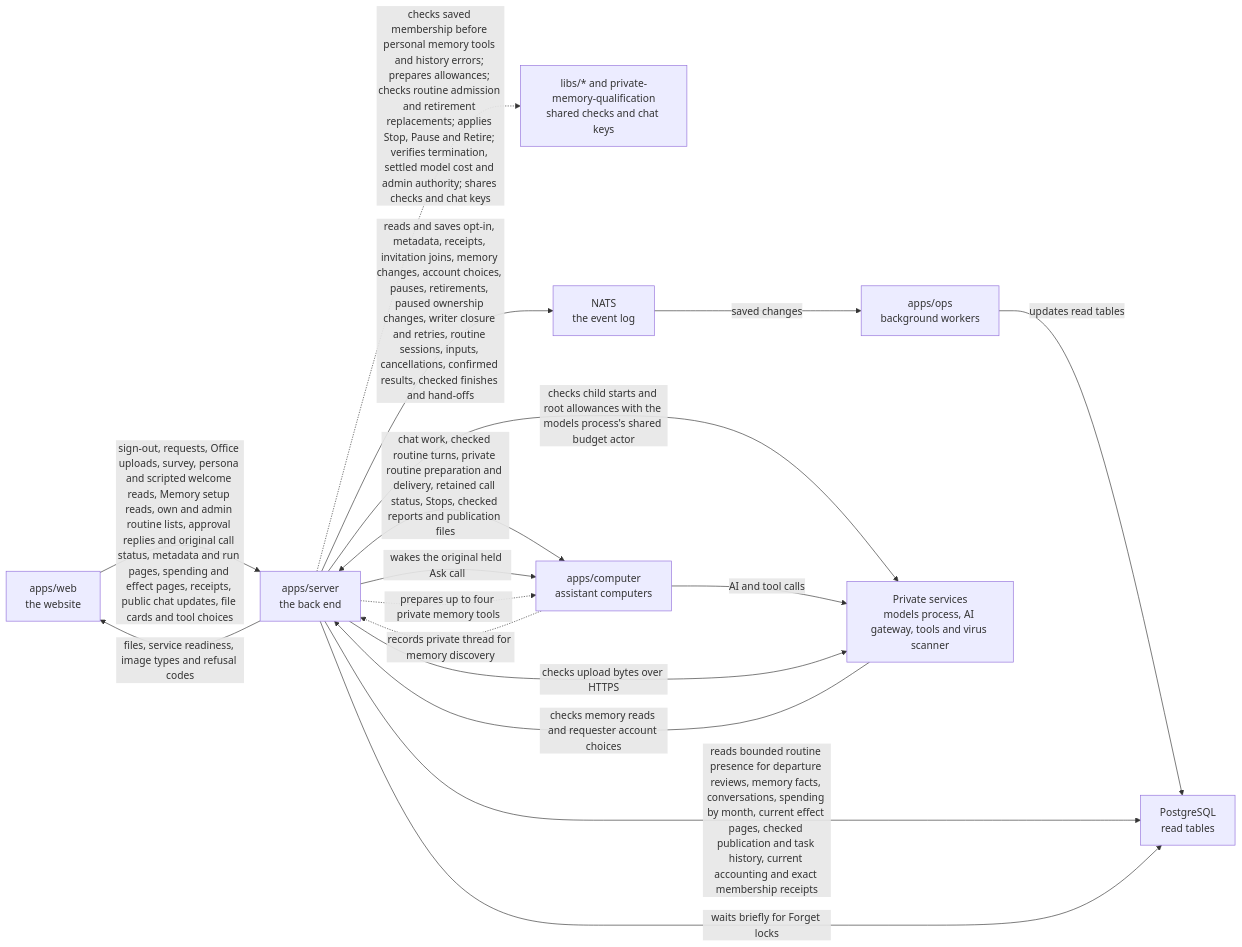
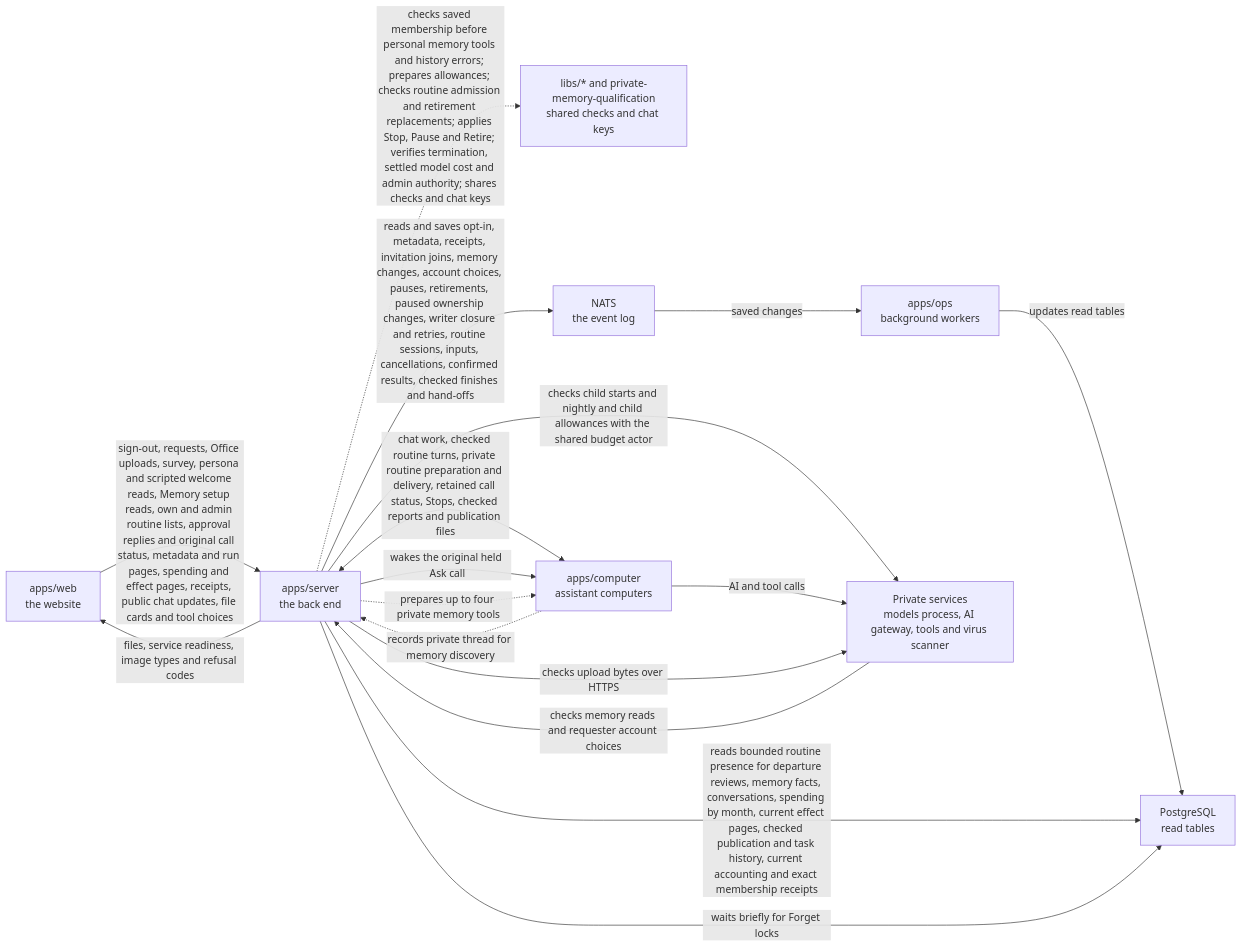
One commit to elewa-git/opencrane-new changed the diagram in apps/server/README.md. Above: the diagram before and after it, drawn with Mermaid. The commit also changed other lines of this file and 19 other files, not shown here.

Commit message:
🌙 Admit one checked nightly memory root allowance

````diff
--- a/apps/server/README.md
+++ b/apps/server/README.md
@@ -224,19 +224,19 @@
 ```mermaid
 flowchart LR
   web["apps/web<br/>the website"] -->|sign-out, requests, Office uploads, survey, persona and scripted welcome reads, Memory setup reads, own and admin routine lists, approval replies and original call status, metadata and run pages, spending and effect pages, receipts, public chat updates, file cards and tool choices| server["apps/server<br/>the back end"]
   server -.->|checks saved membership before personal memory tools and history errors; prepares allowances; checks routine admission and retirement replacements; applies Stop, Pause and Retire; verifies termination, settled model cost and admin authority; shares checks and chat keys| libs["libs/* and private-memory-qualification<br/>shared checks and chat keys"]
   server -->|reads and saves opt-in, metadata, receipts, invitation joins, memory changes, account choices, pauses, retirements, paused ownership changes, writer closure and retries, routine sessions, inputs, cancellations, confirmed results, checked finishes and hand-offs| nats["NATS<br/>the event log"]
   nats -->|saved changes| ops["apps/ops<br/>background workers"]
   ops -->|updates read tables| postgres["PostgreSQL<br/>read tables"]
   server -->|reads bounded routine presence for departure reviews, memory facts, conversations, spending by month, current effect pages, checked publication and task history, current accounting and exact membership receipts| postgres
   server -->|waits briefly for Forget locks| postgres
   server <-->|chat work, checked routine turns, private routine preparation and delivery, retained call status, Stops, checked reports and publication files| computer["apps/computer<br/>assistant computers"]
   server -->|wakes the original held Ask call| computer
-  server -->|checks child starts and root allowances with the models process's shared budget actor| runtime
+  server -->|checks child starts and nightly and child allowances with the shared budget actor| runtime
   computer -.->|records private thread for memory discovery| server
   server -.->|prepares up to four private memory tools| computer
   computer -->|AI and tool calls| runtime["Private services<br/>models process, AI gateway, tools and virus scanner"]
   server -->|files, service readiness, image types and refusal codes| web
   server -->|checks upload bytes over HTTPS| runtime
   runtime -->|checks memory reads and requester account choices| server
 ```
````
